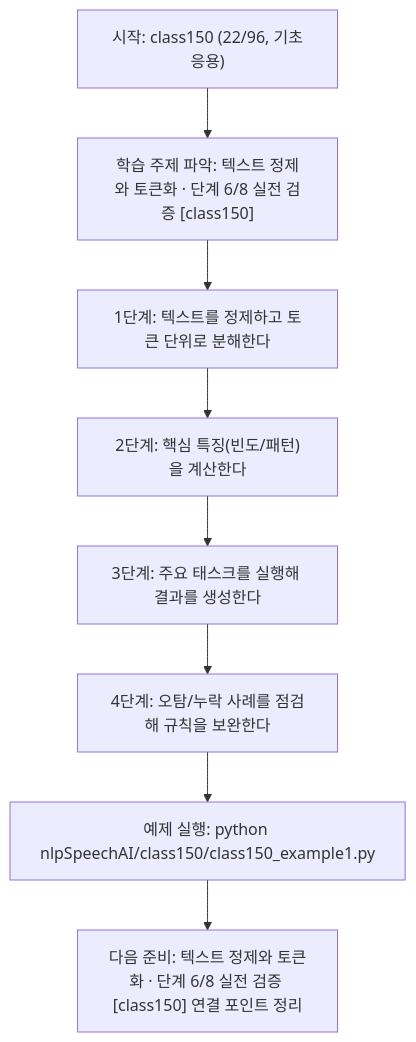
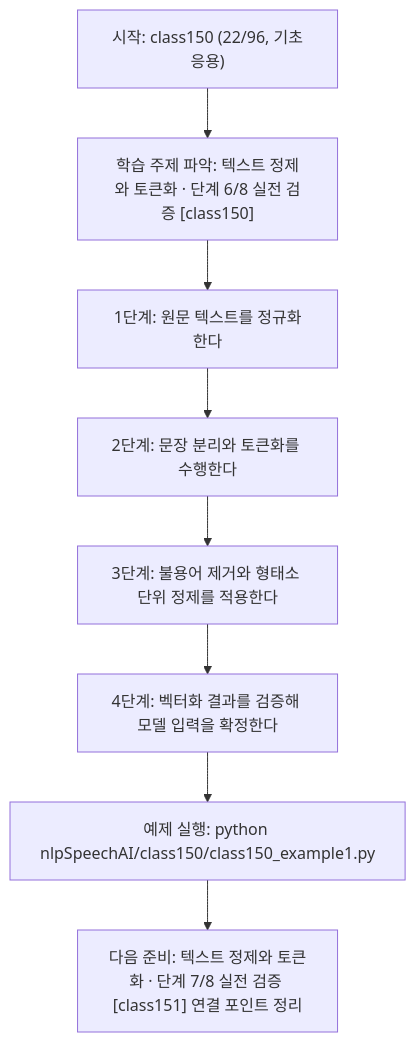
Before and after one commit to edumgt/Python-AI_Agent-Class: the diagram in nlpSpeechAI/class150/class150.md, drawn with Mermaid. The commit also changed other lines of this file and 1122 other files, not shown here.

````diff
--- a/nlpSpeechAI/class150/class150.md
+++ b/nlpSpeechAI/class150/class150.md
@@ -114,18 +95,18 @@
 ```mermaid
 flowchart TD
 N1["시작: class150 (22/96, 기초응용)"]
 N2["학습 주제 파악: 텍스트 정제와 토큰화 · 단계 6/8 실전 검증 [class150]"]
-N3["1단계: 텍스트를 정제하고 토큰 단위로 분해한다"]
-N4["2단계: 핵심 특징(빈도/패턴)을 계산한다"]
-N5["3단계: 주요 태스크를 실행해 결과를 생성한다"]
-N6["4단계: 오탐/누락 사례를 점검해 규칙을 보완한다"]
+N3["1단계: 원문 텍스트를 정규화한다"]
+N4["2단계: 문장 분리와 토큰화를 수행한다"]
+N5["3단계: 불용어 제거와 형태소 단위 정제를 적용한다"]
+N6["4단계: 벡터화 결과를 검증해 모델 입력을 확정한다"]
 N7["예제 실행: python nlpSpeechAI/class150/class150_example1.py"]
-N8["다음 준비: 텍스트 정제와 토큰화 · 단계 6/8 실전 검증 [class150] 연결 포인트 정리"]
+N8["다음 준비: 텍스트 정제와 토큰화 · 단계 7/8 실전 검증 [class151] 연결 포인트 정리"]
 N1 --> N2
 N2 --> N3
 N3 --> N4
 N4 --> N5
 N5 --> N6
 N6 --> N7
 N7 --> N8
 ```
````
